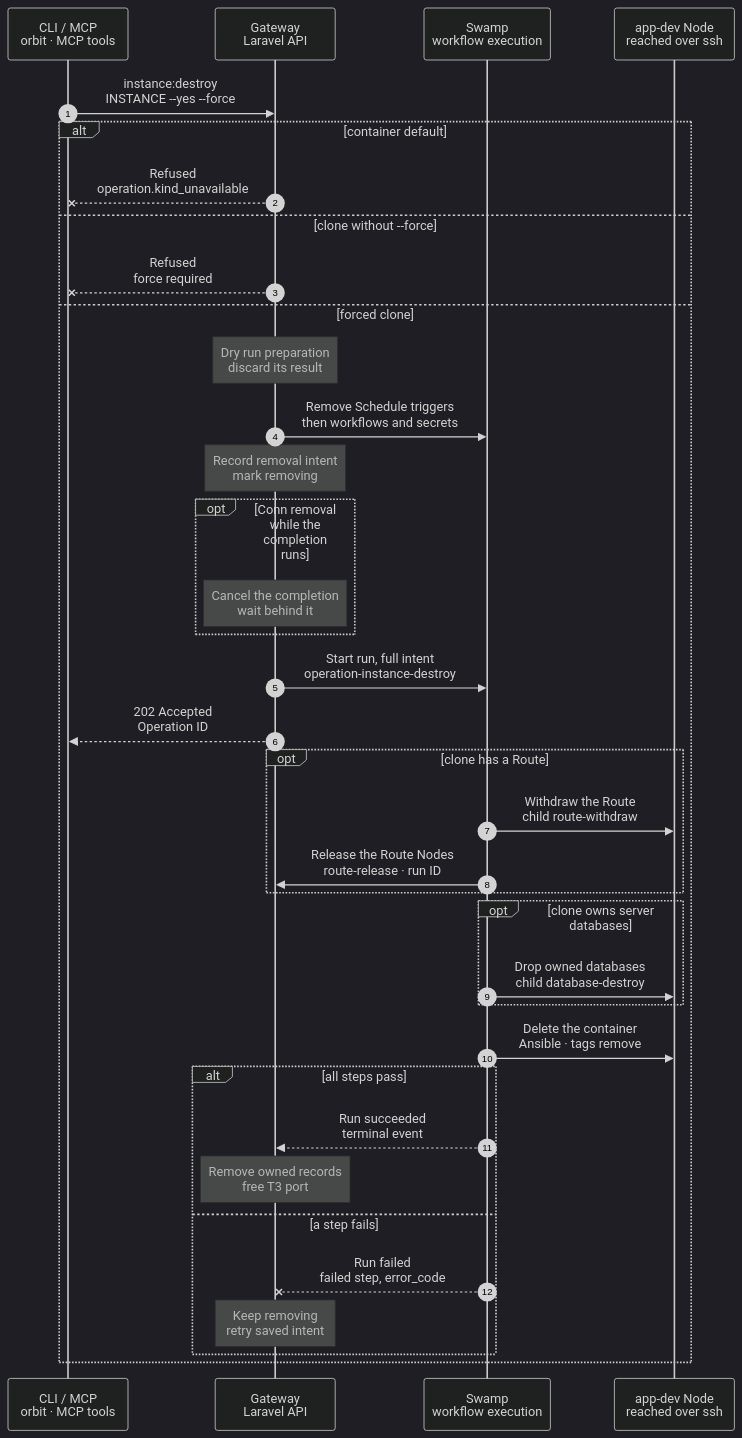
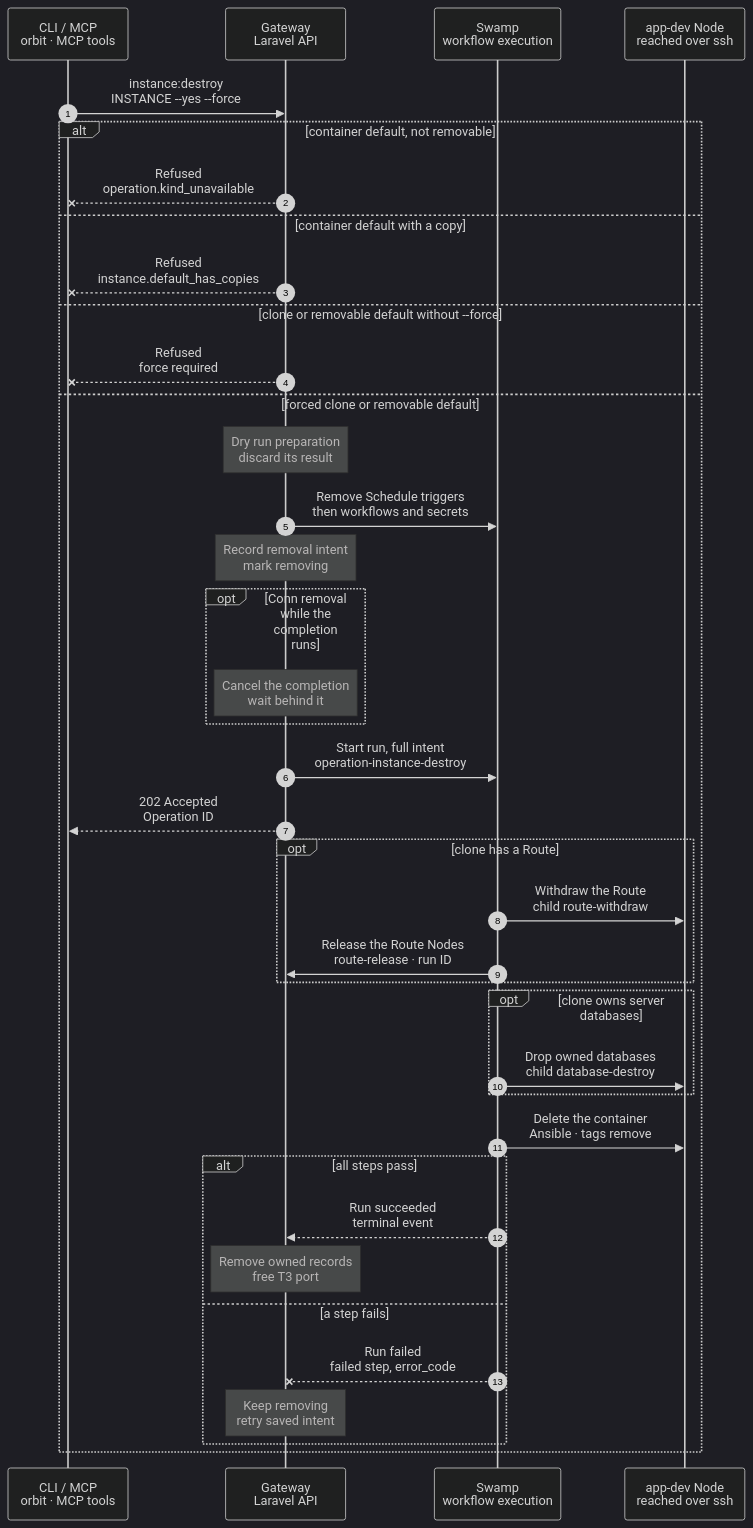
Before and after one commit to hardimpactdev/orbit: the diagram in docs/cli/instance/container/destroy.mmd, drawn with Mermaid (dark theme). The commit also changed 3 other files, not shown here.

First line of the commit message:
docs(instances): a nested-fleet trial default with an inner volume can be destroyed

```diff
--- a/docs/cli/instance/container/destroy.mmd
+++ b/docs/cli/instance/container/destroy.mmd
@@ -1,111 +1,119 @@
 sequenceDiagram
   %% Non-default container cleanup. Conn admission precedes this forced engine; CLI admission keeps its existing rules.
   %% status: draft
   %% command: instance:destroy
   %% kind: instance.destroy
   autonumber
   %% lane CLI icon=terminal pill=caller tone=gray
   %% lane GW icon=gateway pill=intent tone=blue
   %% lane SW icon=workflow pill=executes tone=green
   %% lane N icon=server pill=target tone=amber
   participant CLI as CLI / MCP<br/>orbit · MCP tools
   participant GW as Gateway<br/>Laravel API
   participant SW as Swamp<br/>workflow execution
   participant N as app-dev Node<br/>reached over ssh
   CLI->>GW: instance:destroy<br/>INSTANCE --yes --force
   %% path: main
   %%> Conn admission:
   %%> - POST /api/v1/conn/instances/ID/destroy requires an Idempotency-Key and acknowledge_unsaved as a JSON boolean
   %%> - the caller needs access to the Instance's Node; a missing Instance is 404
   %%> - a default answers 409 instance.default_protected; a host checkout answers 409 instance.not_container
   %%> - without acknowledgement, answer 409 instance.unsaved_work with unknown state and null counts; no container Git observations exist yet
   %%> - these refusals change no Schedule, Route, database, pairing, environment or Operation, and never probe the container
   %%> - acknowledged removal uses this same engine with force=true; all existing engine blockers keep their codes
   %%> - the same key and request returns the same Operation with 202, including after Instance deletion; a changed request is an idempotency conflict
   %%> - a running completion (`instance.complete`) of the clone does not refuse a Conn removal: see the completion block below
   %%> CLI requirements:
   %%> - Node access to the Instance's Node and no other lifecycle Operation holds the Instance
   %%> - a running completion refuses with `operation.target_busy` and names it in `details.operation_id`
   %%> - this slice supports a non-default container Instance, cloned or migrated; the Instance named `default` remains unavailable
   %%> - `--force` is required until guarded removal is built; no work or turn check runs
-  alt container default
+  alt container default, not removable
     %% path: default-unavailable
     GW--xCLI: Refused<br/>operation.kind_unavailable
-  else clone without --force
+    %%> When:
+    %%> - the default's Project is not on the operator list `ORBIT_INSTANCES_DEFAULT_DESTROY_PROJECTS`, or its runtime records no inner volume
+    %%> - so a normal Project's default, and Instance 2454, which has no inner volume, always refuse
+  else container default with a copy
+    %% path: default-has-copies
+    GW--xCLI: Refused<br/>instance.default_has_copies
+    %%> - an Instance of the Project, in any state, has this default as its clone source; remove the copies first
+  else clone or removable default without --force
     %% path: force-required
     GW--xCLI: Refused<br/>force required
     %%> Code:
     %%> - `instance.container_destroy_force_required`
-  else forced clone
+  else forced clone or removable default
     %% path: admitted
+    %%> A removable default: a nested-fleet default whose runtime records an inner volume, of a Project on the operator list, with no copy left
     Note over GW: Dry run preparation<br/>discard its result
     %%> Result:
     %%> - capture the clone's container identity, Route, Processes and owned databases
     %%> - all callers try the same pure preparation that admission uses; discard its result before any Schedule effect
     %%> - the dry run checks publication Nodes, SSH pins, Caddy, PHP and DNS; it changes no state, records no intent, stages no copy and takes no Route hold
     %%> - keep its runtime row, address and T3 port reserved until terminal success
     %%> - Conn refuses new pairings while the Instance is removing
     GW->>SW: Remove Schedule triggers<br/>then workflows and secrets
     %%> Failure boundary:
     %%> - a validation refusal leaves Schedules untouched; a Schedule removal failure keeps the Instance and Route active and records no destroy Operation
     %%> Fresh admission:
     %%> - if a fact changes after the dry run, admission uses its current value and may refuse; Schedules may already be stopped
     %%> - build all publication, participant, database, member, runtime, Route and root facts fresh in the admission transaction; keep no lock across Schedule calls
     Note over GW: Record removal intent<br/>mark removing
     %%> Result:
     %%> - call the same preparation again inside the admission transaction; record only this fresh intent, then mark the Instance removing and the Route retiring
     opt Conn removal while the completion runs
       %% path: after-completion
       Note over GW: Cancel the completion<br/>wait behind it
       %%> What it does:
       %%> - the same transaction records the completion's cancel and admits the removal `waiting`, with `after_operation_id`
       %%> - after the commit Swamp is asked to stop the completion; the reconciler asks again on each pass
       %%> - the completion's own `withdraw-route` takes back a Route it published
       %%> When:
       %%> - the removal starts when the completion has ended, as a waiting Route write starts
     end
     GW->>SW: Start run, full intent<br/>operation-instance-destroy
     GW-->>CLI: 202 Accepted<br/>Operation ID
     opt clone has a Route
       %% path: routed
       SW->>N: Withdraw the Route<br/>child route-withdraw
       %%> Caddy publication:
       %%> - on the Node, wait at most 5 s for the publish lock; compare the composed-from SHA-256 with the live file, then validate, rename and reload under that lock
       %%> - a changed base refuses with `caddy.composed_from_live_mismatch`; a busy lock refuses with `caddy.publish_busy`; the live Caddyfile stays unchanged and the normal failure path runs
       SW->>GW: Release the Route Nodes<br/>route-release · run ID
       %%> When:
       %%> - only after the withdrawal held; the container delete writes only this clone's files, so the next Route write on the Node starts now
       %%> If it is refused:
       %%> - the run goes on; the end frees the Nodes, and the result says route_hold_released false
     end
     opt clone owns server databases
       %% path: server-database
       SW->>N: Drop owned databases<br/>child database-destroy
     end
     SW->>N: Delete the container<br/>Ansible · tags remove
     %%> What it does:
     %%> - stops and deletes the clone, its Processes, T3 history, snapshots, storage volume and proxy device
     %%> - deleting T3 retires every session and unused pairing link; no T3 call or new vault key is needed
     %%> - removes its `instance-<id>` ACL from Incus project `default`, its owned UFW rules, its Node repository mirror and its private Node mail activation state
     %%> - an Instance whose runtime records an inner volume: deletes the volume `inner-<id>` with its snapshots after the container
     %%> - checks that the container, its storage volume and any inner volume are absent; already absent resources are removed
     %%> - the default and sibling clones stay; a migrated Instance's retained Git directory is untouched and can be purged only by hand
     alt all steps pass
       %% path: succeeded
       SW-->>GW: Run succeeded<br/>terminal event
       Note over GW: Remove owned records<br/>free T3 port
       %%> Result:
       %%> - remove Instance execution copies and Conn's copies, environment and pairings, even while Conn is disabled
       %%> - delete the Route, Processes, owned database records, runtime row and Instance
       %%> - keep `retained_git_path` and `retained_git_at` in the destroy Operation result so retention stays findable after the Instance row goes
       %%> - deleting the runtime row frees the published T3 port and bridge address
     else a step fails
       %% path: removal-failed
       SW--xGW: Run failed<br/>failed step, error_code
       Note over GW: Keep removing<br/>retry saved intent
       %%> Retry:
       %%> - a fresh forced destroy reuses the removal identity and accepts resources already gone
       %%> - after withdrawal the Route stays down; records and the reserved port stay until success
       %%> - the removal records route_withdrawn_at, so the retry skips the withdrawal and holds no Node
     end
   end
```
